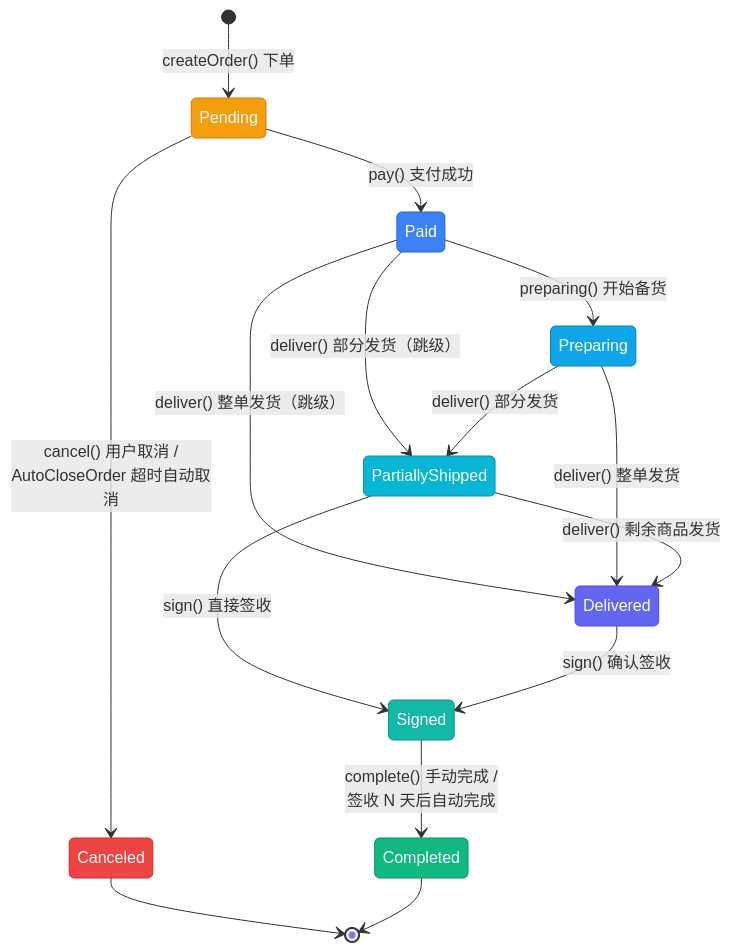
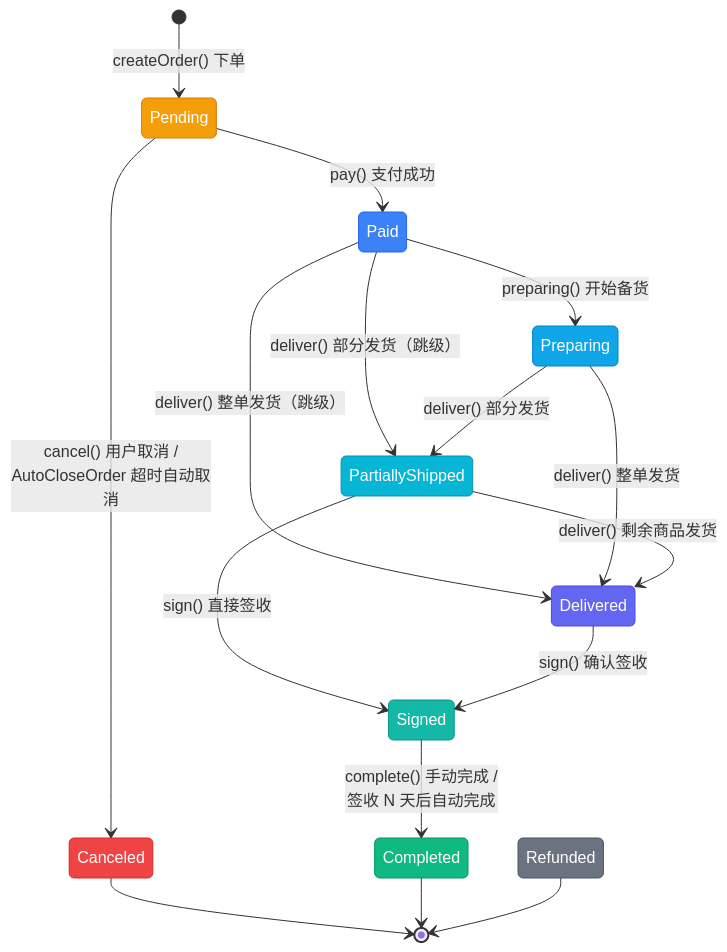
One commit to jasonencode/saas changed the first of 5 diagrams in docs/flows/order-status.md. Above: the diagram before and after it, drawn with Mermaid. The commit also changed other lines of this file and 33 other files, not shown here.

````diff
--- a/docs/flows/order-status.md
+++ b/docs/flows/order-status.md
@@ -26,42 +27,45 @@
 ```mermaid
 stateDiagram-v2
     [*] --> Pending : createOrder() 下单
 
     Pending --> Canceled : cancel() 用户取消 /<br/>AutoCloseOrder 超时自动取消
     Pending --> Paid : pay() 支付成功
 
     Paid --> Preparing : preparing() 开始备货
     Paid --> PartiallyShipped : deliver() 部分发货（跳级）
     Paid --> Delivered : deliver() 整单发货（跳级）
 
     Preparing --> PartiallyShipped : deliver() 部分发货
     Preparing --> Delivered : deliver() 整单发货
 
     PartiallyShipped --> Delivered : deliver() 剩余商品发货
     PartiallyShipped --> Signed : sign() 直接签收
 
     Delivered --> Signed : sign() 确认签收
 
     Signed --> Completed : complete() 手动完成 /<br/>签收 N 天后自动完成
 
     Canceled --> [*]
     Completed --> [*]
+    Refunded --> [*]
 
     classDef pending fill:#f59e0b,stroke:#d97706,color:white
     classDef canceled fill:#ef4444,stroke:#dc2626,color:white
     classDef paid fill:#3b82f6,stroke:#2563eb,color:white
     classDef preparing fill:#0ea5e9,stroke:#0284c7,color:white
     classDef partiallyShipped fill:#06b6d4,stroke:#0891b2,color:white
     classDef delivered fill:#6366f1,stroke:#4f46e5,color:white
     classDef signed fill:#14b8a6,stroke:#0d9488,color:white
     classDef completed fill:#10b981,stroke:#059669,color:white
+    classDef refunded fill:#6b7280,stroke:#4b5563,color:white
 
     class Pending pending
     class Canceled canceled
     class Paid paid
     class Preparing preparing
     class PartiallyShipped partiallyShipped
     class Delivered delivered
     class Signed signed
     class Completed completed
+    class Refunded refunded
 ```
````
